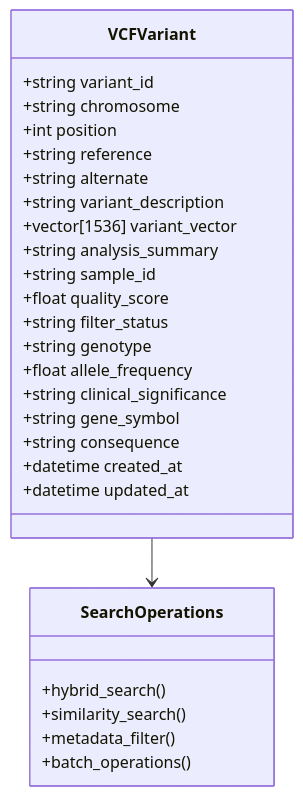
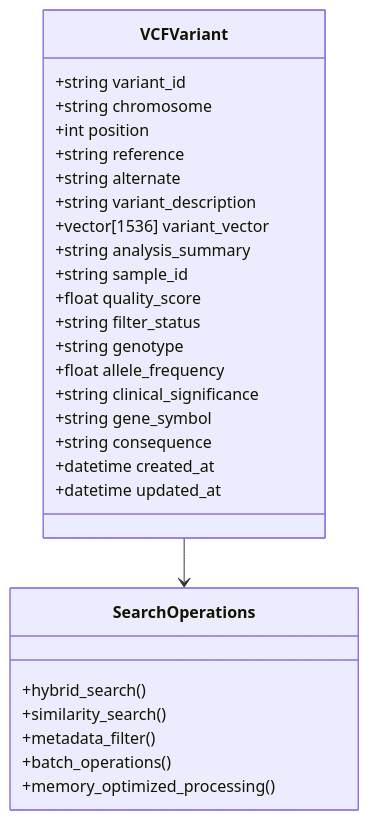
One commit to elementalcollision/vcf_analysis changed the third of 13 diagrams in README.md. Above: the diagram before and after it, drawn with Mermaid. The commit also changed other lines of this file and 8 other files, not shown here.

````diff
--- a/README.md
+++ b/README.md
@@ -132,32 +231,33 @@
 ```mermaid
 classDiagram
     class VCFVariant {
         +string variant_id
         +string chromosome
         +int position
         +string reference
         +string alternate
         +string variant_description
         +vector[1536] variant_vector
         +string analysis_summary
         +string sample_id
         +float quality_score
         +string filter_status
         +string genotype
         +float allele_frequency
         +string clinical_significance
         +string gene_symbol
         +string consequence
         +datetime created_at
         +datetime updated_at
     }
     
     class SearchOperations {
         +hybrid_search()
         +similarity_search()
         +metadata_filter()
         +batch_operations()
+        +memory_optimized_processing()
     }
     
     VCFVariant --> SearchOperations
 ```
````
